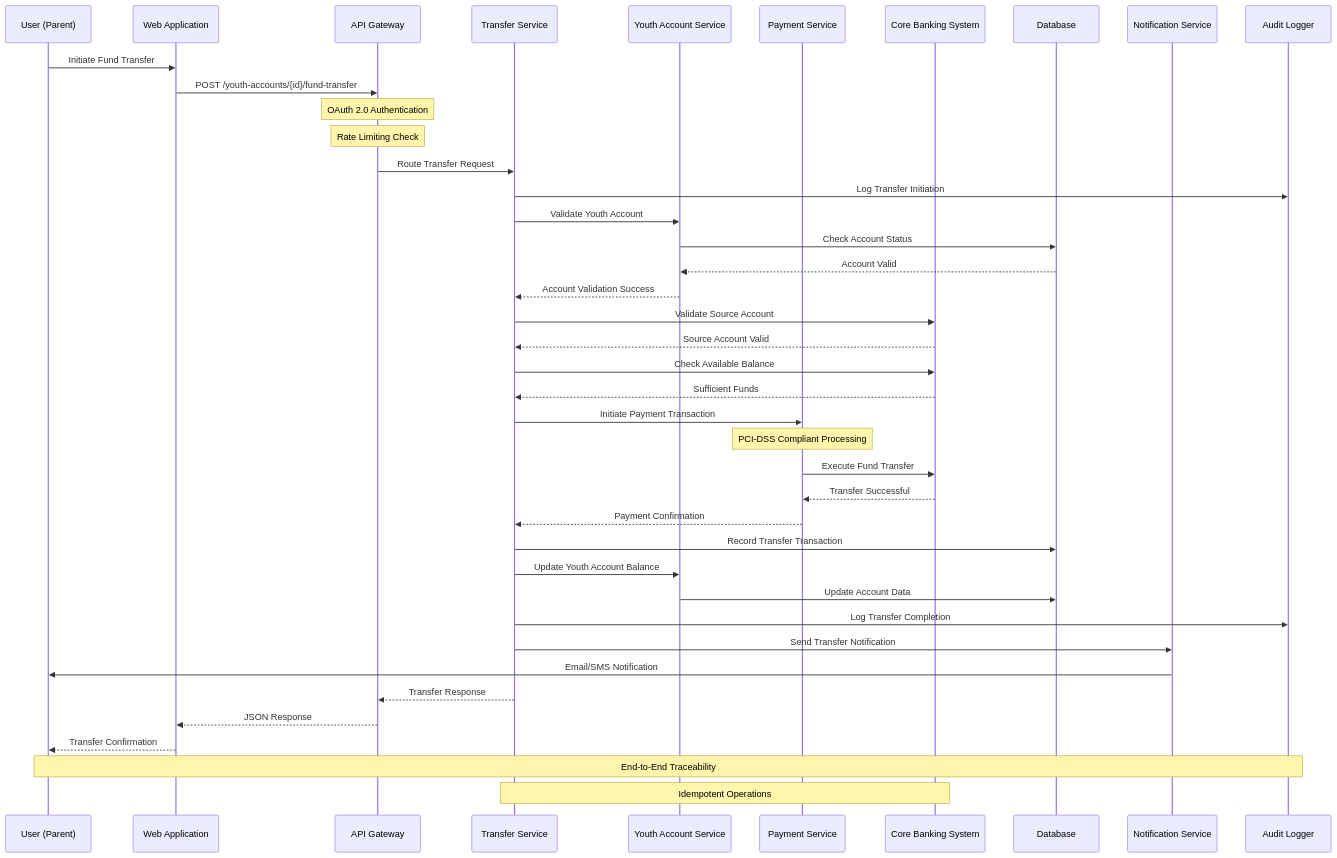
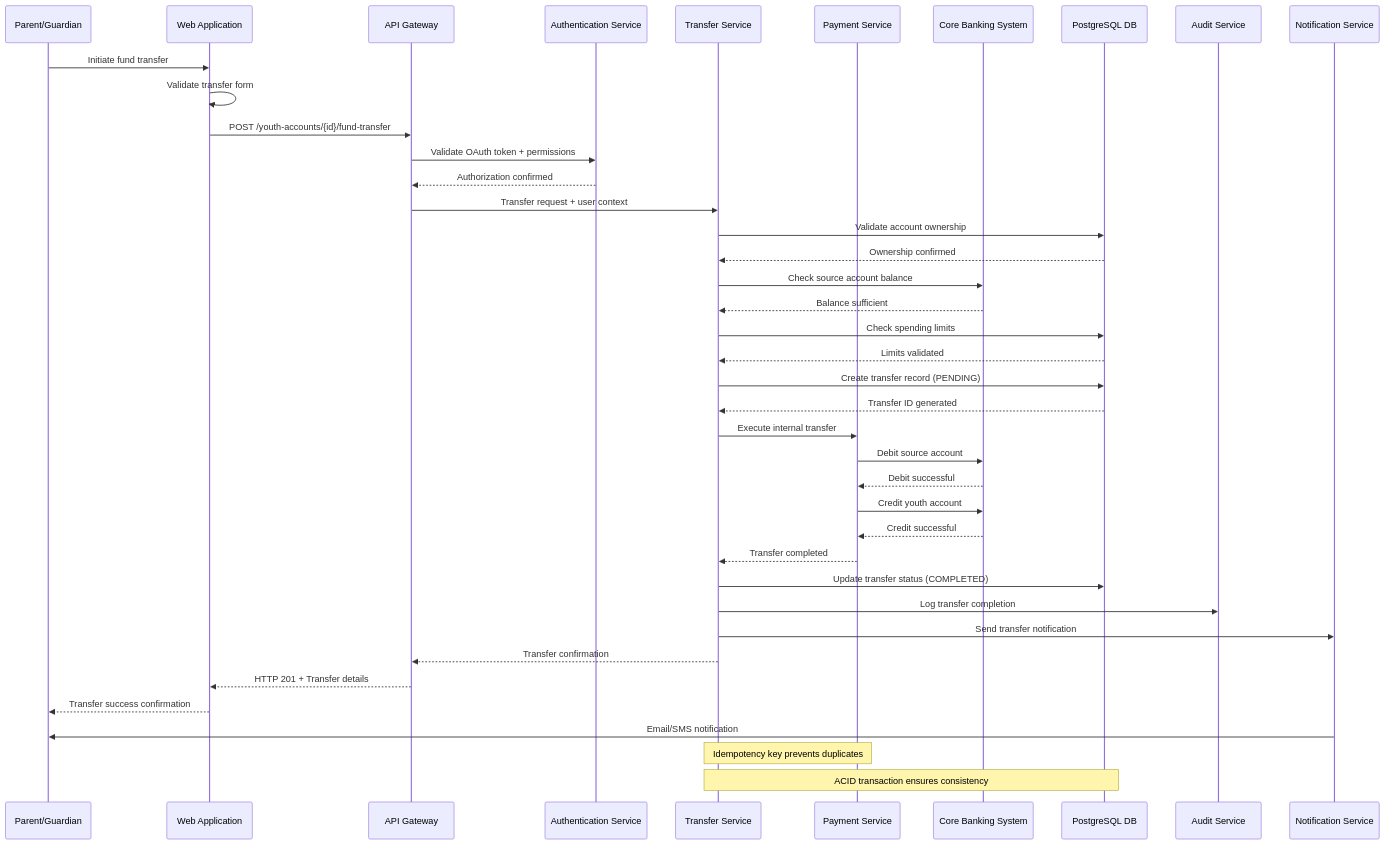
The second of 7 diagrams in API Development/Components and Sequence Diagrams/sequence_diagram.md (ThapaswiASC/SCIB-INCEPTION-PHASE-DEMO), drawn with Mermaid before and after one commit. The commit also changed other lines of this file and 1 other file, not shown here.

````diff
--- a/API Development/Components and Sequence Diagrams/sequence_diagram.md
+++ b/API Development/Components and Sequence Diagrams/sequence_diagram.md
@@ -59,51 +64,48 @@
 ```mermaid
 sequenceDiagram
-    participant U as User (Parent)
-    participant WA as Web Application
-    participant AG as API Gateway
-    participant TS as Transfer Service
-    participant YS as Youth Account Service
-    participant PS as Payment Service
-    participant CBS as Core Banking System
-    participant DB as Database
-    participant NS as Notification Service
-    participant AL as Audit Logger
+    participant Parent as Parent/Guardian
+    participant WebApp as Web Application
+    participant APIGateway as API Gateway
+    participant AuthSvc as Authentication Service
+    participant TransferSvc as Transfer Service
+    participant PaymentSvc as Payment Service
+    participant CoreBanking as Core Banking System
+    participant Database as PostgreSQL DB
+    participant AuditSvc as Audit Service
+    participant NotificationSvc as Notification Service
 
-    U->>WA: Initiate Fund Transfer
-    WA->>AG: POST /youth-accounts/{id}/fund-transfer
-    Note over AG: OAuth 2.0 Authentication
-    Note over AG: Rate Limiting Check
-    AG->>TS: Route Transfer Request
+    Parent->>WebApp: Initiate fund transfer
+    WebApp->>WebApp: Validate transfer form
+    WebApp->>APIGateway: POST /youth-accounts/{id}/fund-transfer
+    APIGateway->>AuthSvc: Validate OAuth token + permissions
+    AuthSvc-->>APIGateway: Authorization confirmed
+    APIGateway->>TransferSvc: Transfer request + user context
     
-    TS->>AL: Log Transfer Initiation
-    TS->>YS: Validate Youth Account
-    YS->>DB: Check Account Status
-    DB-->>YS: Account Valid
-    YS-->>TS: Account Validation Success
+    TransferSvc->>Database: Validate account ownership
+    Database-->>TransferSvc: Ownership confirmed
+    TransferSvc->>CoreBanking: Check source account balance
+    CoreBanking-->>TransferSvc: Balance sufficient
+    TransferSvc->>Database: Check spending limits
+    Database-->>TransferSvc: Limits validated
     
-    TS->>CBS: Validate Source Account
-    CBS-->>TS: Source Account Valid
-    TS->>CBS: Check Available Balance
-    CBS-->>TS: Sufficient Funds
+    TransferSvc->>Database: Create transfer record (PENDING)
+    Database-->>TransferSvc: Transfer ID generated
+    TransferSvc->>PaymentSvc: Execute internal transfer
+    PaymentSvc->>CoreBanking: Debit source account
+    CoreBanking-->>PaymentSvc: Debit successful
+    PaymentSvc->>CoreBanking: Credit youth account
+    CoreBanking-->>PaymentSvc: Credit successful
+    PaymentSvc-->>TransferSvc: Transfer completed
     
-    TS->>PS: Initiate Payment Transaction
-    Note over PS: PCI-DSS Compliant Processing
-    PS->>CBS: Execute Fund Transfer
-    CBS-->>PS: Transfer Successful
-    PS-->>TS: Payment Confirmation
+    TransferSvc->>Database: Update transfer status (COMPLETED)
+    TransferSvc->>AuditSvc: Log transfer completion
+    TransferSvc->>NotificationSvc: Send transfer notification
+    TransferSvc-->>APIGateway: Transfer confirmation
+    APIGateway-->>WebApp: HTTP 201 + Transfer details
+    WebApp-->>Parent: Transfer success confirmation
     
-    TS->>DB: Record Transfer Transaction
-    TS->>YS: Update Youth Account Balance
-    YS->>DB: Update Account Data
-    TS->>AL: Log Transfer Completion
+    NotificationSvc->>Parent: Email/SMS notification
     
-    TS->>NS: Send Transfer Notification
-    NS->>U: Email/SMS Notification
-    
-    TS-->>AG: Transfer Response
-    AG-->>WA: JSON Response
-    WA-->>U: Transfer Confirmation
-    
-    Note over U,AL: End-to-End Traceability
-    Note over TS,CBS: Idempotent Operations
+    Note over TransferSvc,PaymentSvc: Idempotency key prevents duplicates
+    Note over TransferSvc,Database: ACID transaction ensures consistency
 ```
````
